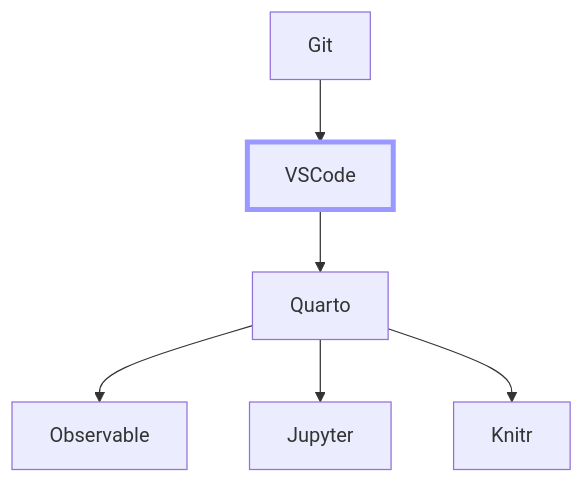
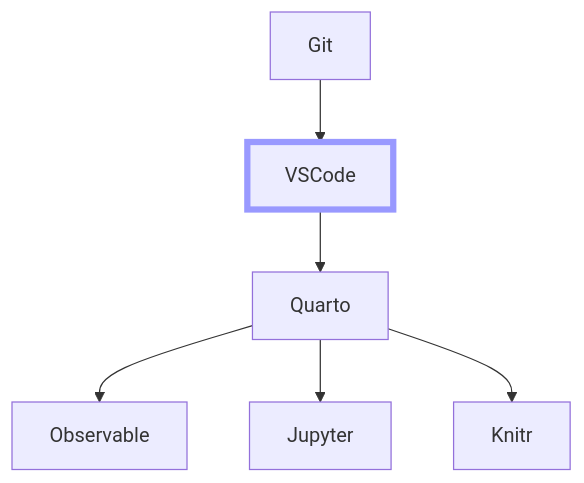
The first of 2 diagrams in blog/vscode/vscode.qmd (maptv/maptv.github.io), drawn with Mermaid before and after one commit. The commit also changed 5 other files, not shown here.

````diff
--- a/blog/vscode/vscode.qmd
+++ b/blog/vscode/vscode.qmd
@@ -27,17 +27,17 @@
 ```{mermaid}
 %%| column: margin
 %%| label: fig-navchart
 %%| fig-cap: Tools series navigation chart
 flowchart TB
    A[Git]-->B[VSCode]-->C[Quarto]
    C-->D[Observable]
    C-->E[Jupyter]
    C-->F[Knitr]
    click A "../git"
    click B "../vscode"
    click C "../quarto"
    click D "../observable"
    click E "../knitr"
    click F "../jupyter"
-   style B stroke:#99f,stroke-width:4px
+   style B stroke:#99f,stroke-width:5px
 ```
````
